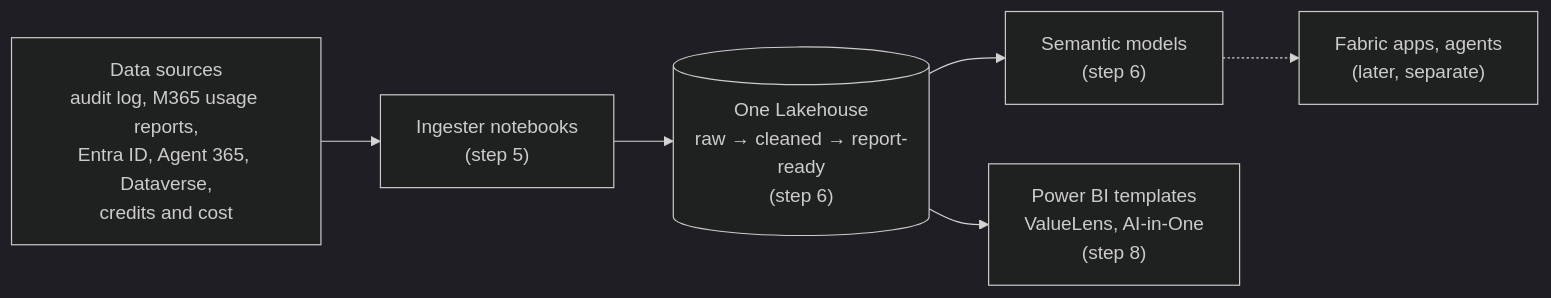
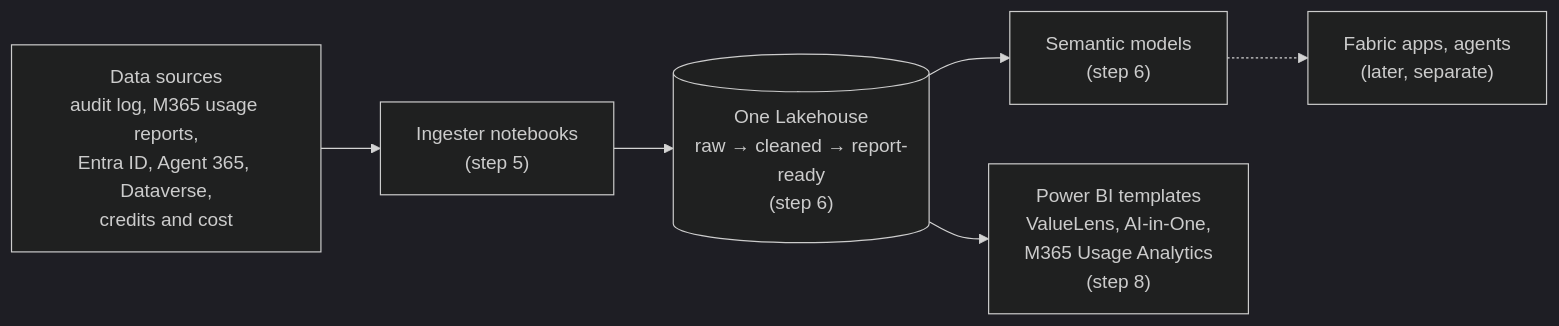
Before and after one commit to microsoft/universal-lake: the diagram in README.md, drawn with Mermaid (dark theme). The commit also changed other lines of this file and 1 other file, not shown here.

Commit message:
README and package.json: searchable summary, keywords, repo links; list M365 Usage Analytics in the diagram
Copilot-Session: 2896a78d-84e9-4142-965a-968dc72b290a

````diff
--- a/README.md
+++ b/README.md
@@ -15,8 +17,8 @@
 ```mermaid
 flowchart LR
   S["Data sources<br/>audit log, M365 usage reports,<br/>Entra ID, Agent 365, Dataverse,<br/>credits and cost"] --> N["Ingester notebooks<br/>(step 5)"]
   N --> L[("One Lakehouse<br/>raw → cleaned → report-ready<br/>(step 6)")]
   L --> M["Semantic models<br/>(step 6)"]
   M -.-> U["Fabric apps, agents<br/>(later, separate)"]
-  L --> T["Power BI templates<br/>ValueLens, AI-in-One<br/>(step 8)"]
+  L --> T["Power BI templates<br/>ValueLens, AI-in-One,<br/>M365 Usage Analytics<br/>(step 8)"]
 ```
````
